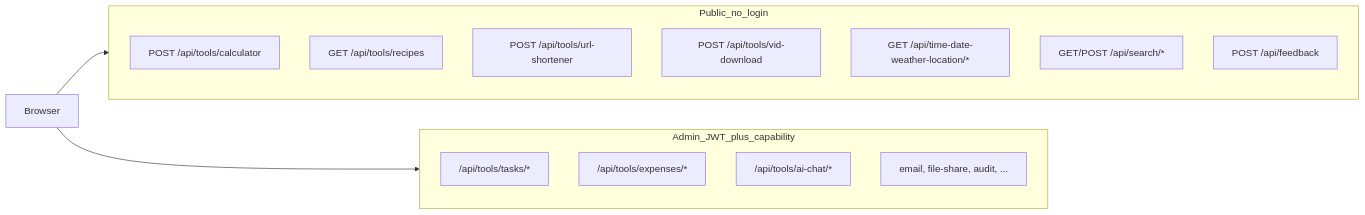
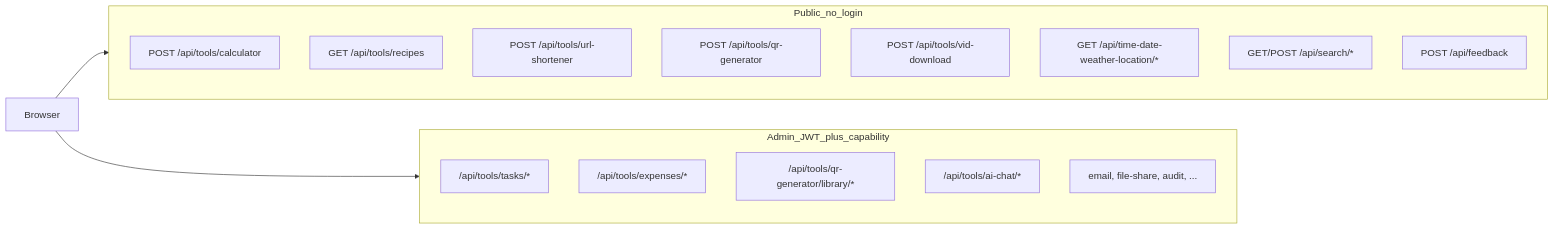
The diagram in docs/reference/api-tools.md (GlebLOrange/personal-glorng), drawn with Mermaid before and after one commit. The commit also changed other lines of this file and 84 other files, not shown here.

````diff
--- a/docs/reference/api-tools.md
+++ b/docs/reference/api-tools.md
@@ -9,20 +9,22 @@
 ```mermaid
 flowchart LR
   subgraph public [Public_no_login]
     Calculator["POST /api/tools/calculator"]
     RecipesRead["GET /api/tools/recipes"]
     ShortCreate["POST /api/tools/url-shortener"]
+    QrGen["POST /api/tools/qr-generator"]
     VidDl["POST /api/tools/vid-download"]
     Weather["GET /api/time-date-weather-location/*"]
     Search["GET/POST /api/search/*"]
     Feedback["POST /api/feedback"]
   end
   subgraph admin [Admin_JWT_plus_capability]
     Tasks["/api/tools/tasks/*"]
     Expenses["/api/tools/expenses/*"]
+    QrLib["/api/tools/qr-generator/library/*"]
     AiChat["/api/tools/ai-chat/*"]
     More["email, file-share, audit, ..."]
   end
   Browser --> public
   Browser --> admin
 ```
````
